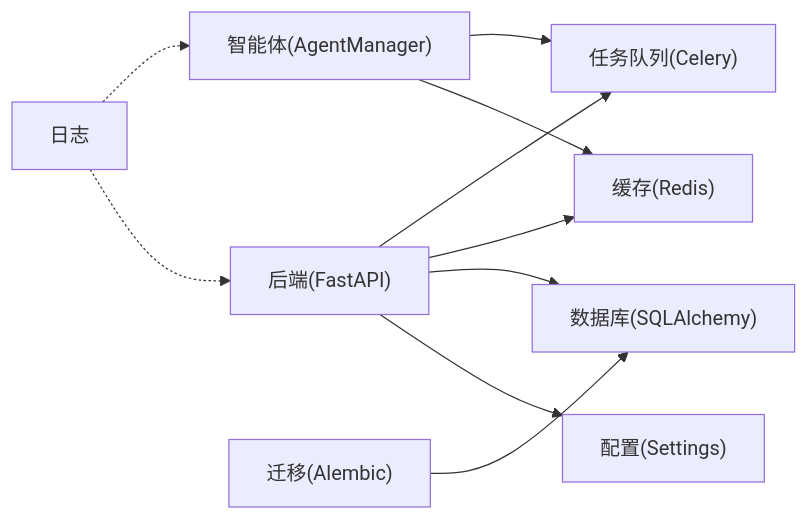
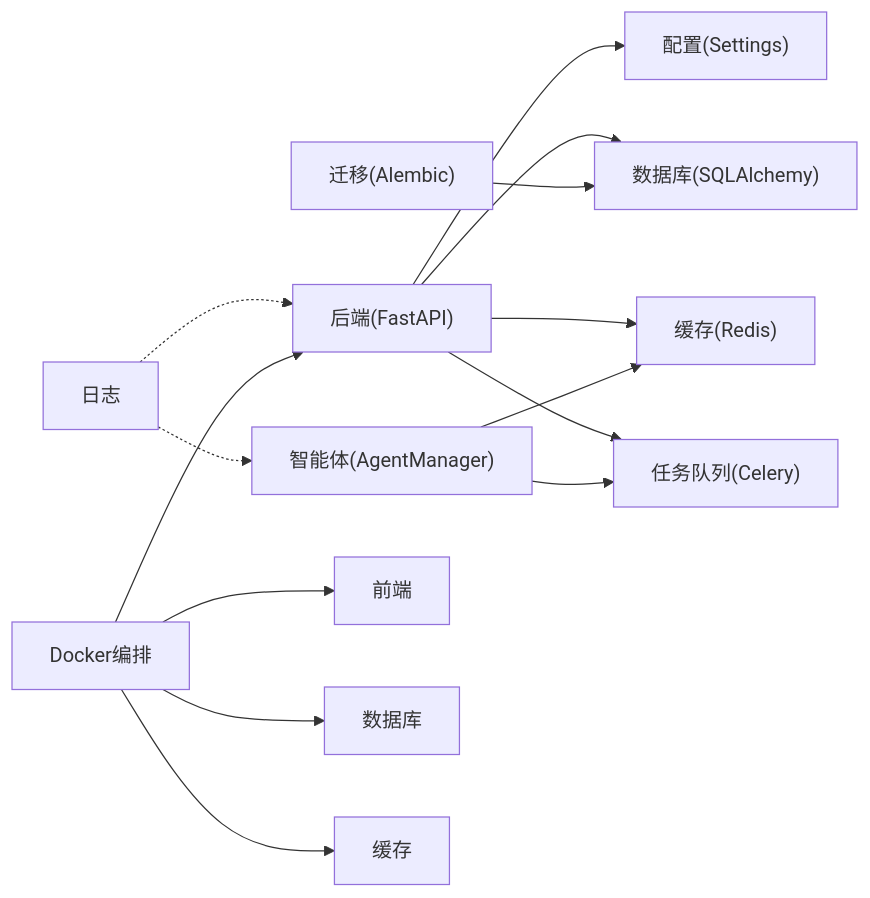
Before and after one commit to xfbyxq/ai-novel-system: the fifth of 5 diagrams in .qoder/repowiki/zh/content/部署与运维/部署与运维.md, drawn with Mermaid. The commit also changed other lines of this file and 84 other files, not shown here.

````diff
--- a/.qoder/repowiki/zh/content/部署与运维/部署与运维.md
+++ b/.qoder/repowiki/zh/content/部署与运维/部署与运维.md
@@ -280,12 +339,16 @@
 ```mermaid
 graph LR
 BE["后端(FastAPI)"] --> CFG["配置(Settings)"]
 BE --> DB["数据库(SQLAlchemy)"]
 BE --> RC["缓存(Redis)"]
 BE --> CW["任务队列(Celery)"]
 AG["智能体(AgentManager)"] --> RC
 AG --> CW
 LOG["日志"] -.-> BE
 LOG -.-> AG
 MIG["迁移(Alembic)"] --> DB
+DC["Docker编排"] --> BE
+DC --> FE["前端"]
+DC --> PG["数据库"]
+DC --> RD["缓存"]
 ```
````
